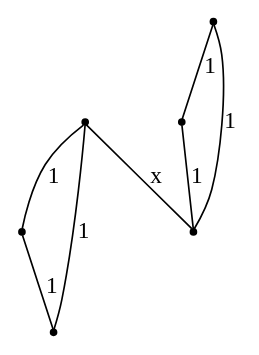
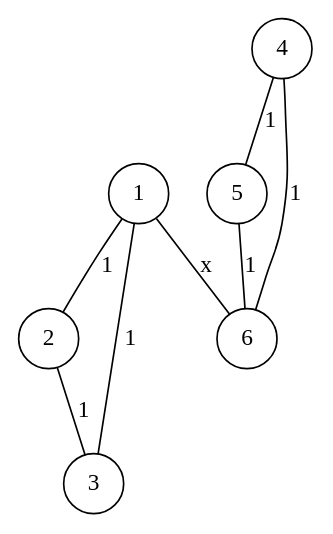
Before and after one commit to zhaofeng-shu33/info-clustering-research: the diagram in pic/6point.gv, drawn with Graphviz. The commit also changed 2 other files, not shown here.

```diff
--- a/pic/6point.gv
+++ b/pic/6point.gv
@@ -1,10 +1,10 @@
 graph G {
-   node [shape=point]
+   node [shape=circle]
    1 -- 2 [label="1"];
    1 -- 3 [label="1"];
    2 -- 3 [label="1"];
    4 -- 5 [label="1"];
    4 -- 6 [label="1"];
    5 -- 6 [label="1"];   
    1 -- 6 [label="x"];      
 }
```
